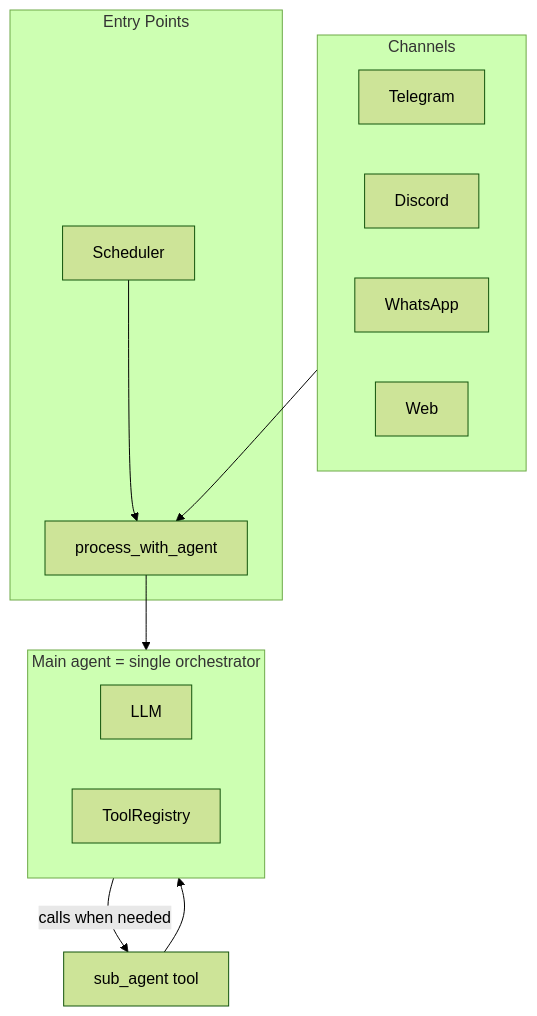
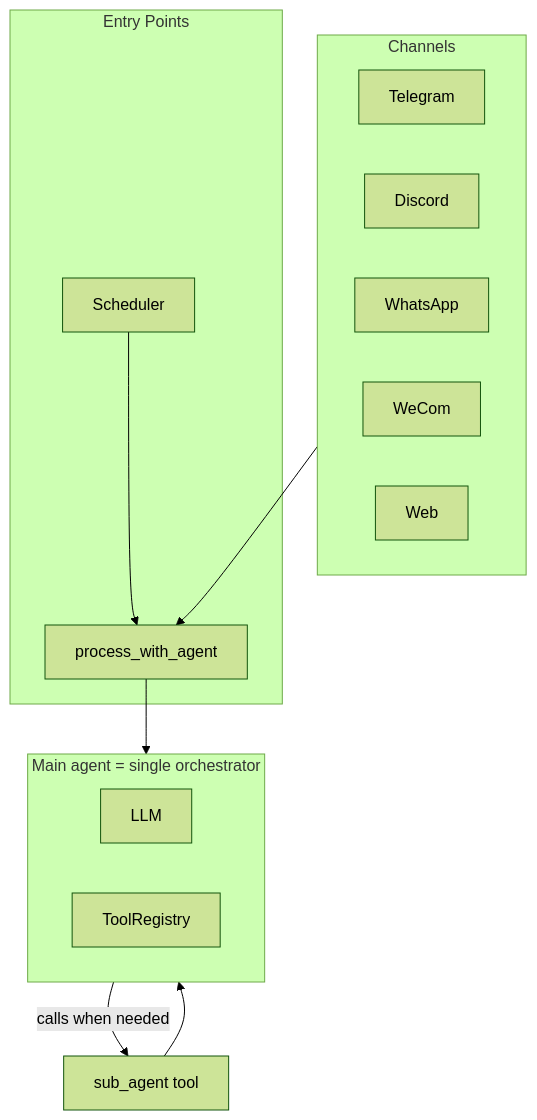
The first of 2 diagrams in ARCHITECTURE.md (kenpyfin/finally_a_value_bot), drawn with Mermaid (forest theme) before and after one commit. The commit also changed other lines of this file and 43 other files, not shown here.

````diff
--- a/ARCHITECTURE.md
+++ b/ARCHITECTURE.md
@@ -11,25 +11,26 @@
 ```mermaid
 flowchart TB
     subgraph Channels [Channels]
         Telegram
         Discord
         WhatsApp
+        WeCom
         Web
     end
 
     subgraph Entry [Entry Points]
         process_with_agent
         Scheduler
     end
 
     subgraph MainAgent [Main agent = single orchestrator]
         LLM
         ToolRegistry
     end
 
     Channels --> process_with_agent
     Scheduler --> process_with_agent
     process_with_agent --> MainAgent
     MainAgent -->|calls when needed| SubAgent[sub_agent tool]
     SubAgent --> MainAgent
 ```
````
